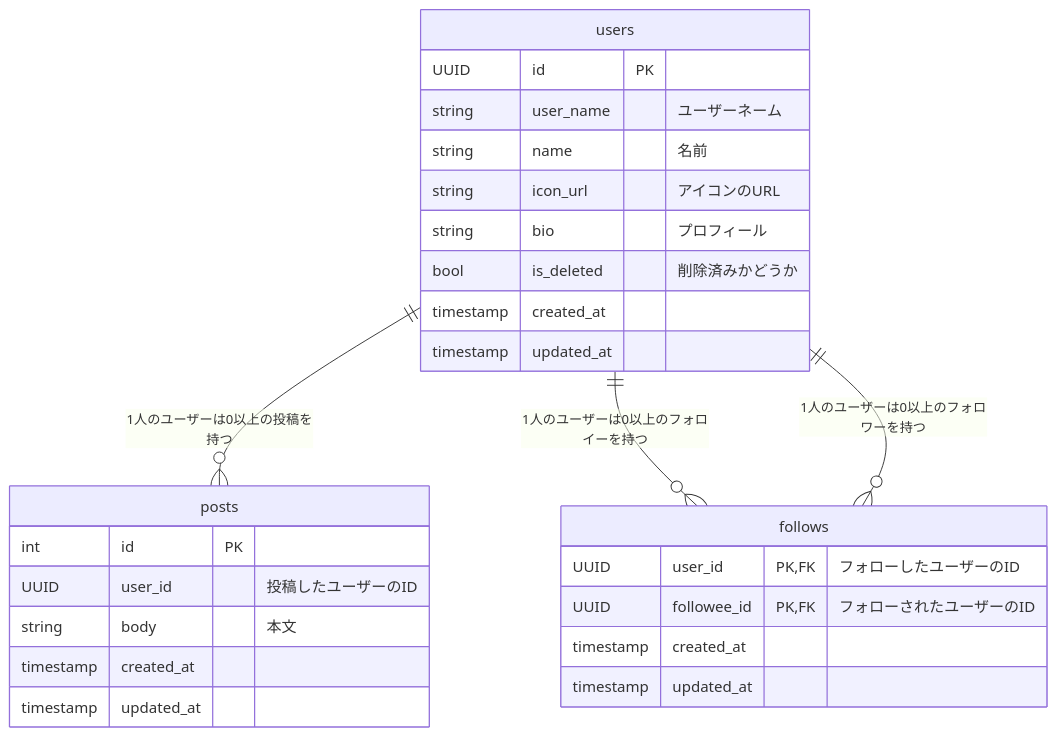
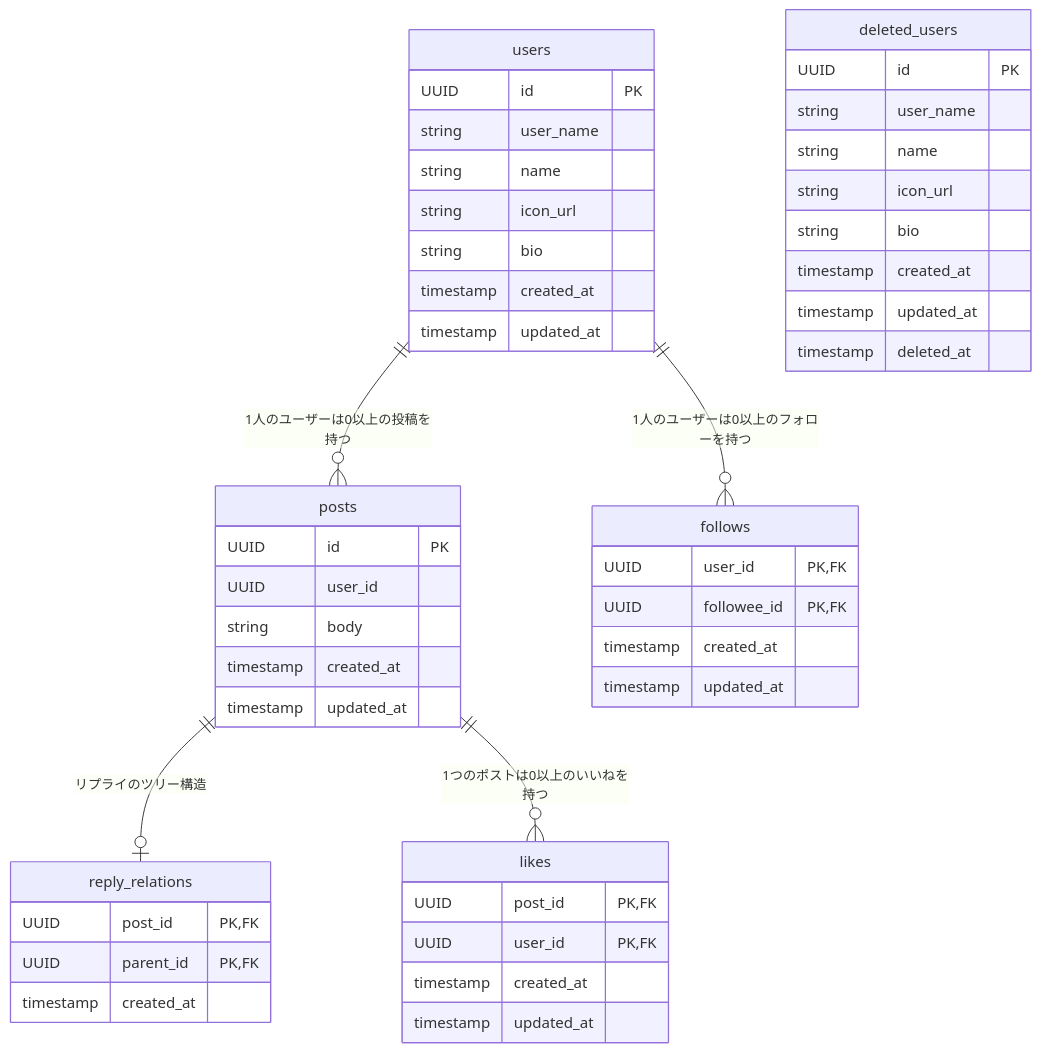
One commit to kngnkg/tunetrail-proto changed the diagram in README.md. Above: the diagram before and after it, drawn with Mermaid. The commit also changed 2 other files, not shown here.

Commit message:
Change: table name replies to reply_relations

````diff
--- a/README.md
+++ b/README.md
@@ -29,35 +29,52 @@
 ```mermaid
 erDiagram
 
+users ||--o{ posts : "1人のユーザーは0以上の投稿を持つ"
+users ||--o{ follows : "1人のユーザーは0以上のフォローを持つ"
+posts ||--o| reply_relations : "リプライのツリー構造"
+posts ||--o{ likes : "1つのポストは0以上のいいねを持つ"
+
 users {
     UUID id PK
-    string user_name "ユーザーネーム"
-    string name "名前"
-    string icon_url "アイコンのURL"
-    string bio "プロフィール"
-    bool is_deleted "削除済みかどうか"
+    string user_name
+    string name
+    string icon_url
+    string bio
     timestamp created_at
     timestamp updated_at
 }
-
+deleted_users {
+    UUID id PK
+    string user_name
+    string name
+    string icon_url
+    string bio
+    timestamp created_at
+    timestamp updated_at
+    timestamp deleted_at
+}
 follows {
-    UUID user_id PK,FK "フォローしたユーザーのID"
-    UUID followee_id PK,FK "フォローされたユーザーのID"
+    UUID user_id PK,FK
+    UUID followee_id PK,FK
     timestamp created_at
     timestamp updated_at
 }
-
 posts {
-    int id PK
-    UUID user_id "投稿したユーザーのID"
-    string body "本文"
+    UUID id PK
+    UUID user_id
+    string body
     timestamp created_at
     timestamp updated_at
 }
-
-
-users ||--o{ posts : "1人のユーザーは0以上の投稿を持つ"
-users ||--o{ follows : "1人のユーザーは0以上のフォロイーを持つ"
-follows }o--|| users : "1人のユーザーは0以上のフォロワーを持つ"
-
+reply_relations {
+    UUID post_id PK,FK
+    UUID parent_id PK,FK
+    timestamp created_at
+}
+likes {
+    UUID post_id PK,FK
+    UUID user_id PK,FK
+    timestamp created_at
+    timestamp updated_at
+}
 ```
````
